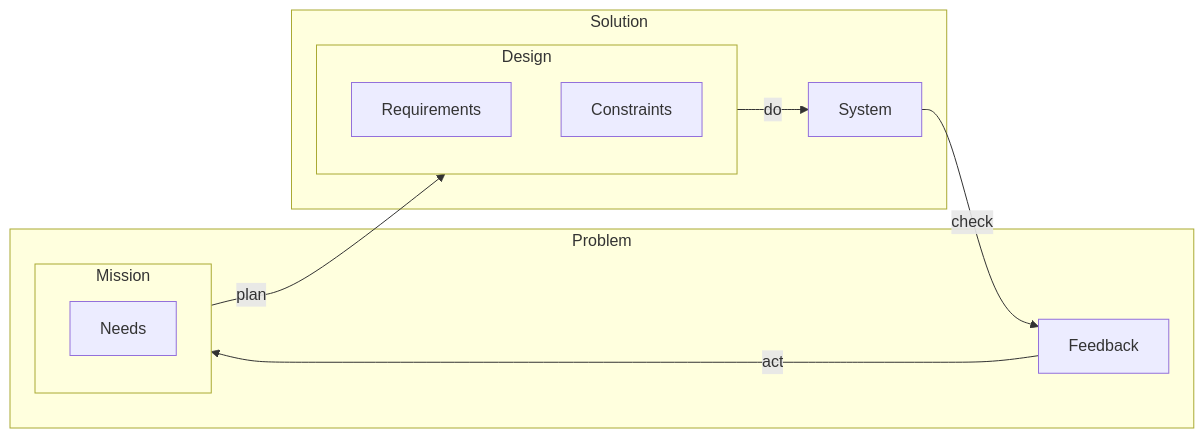
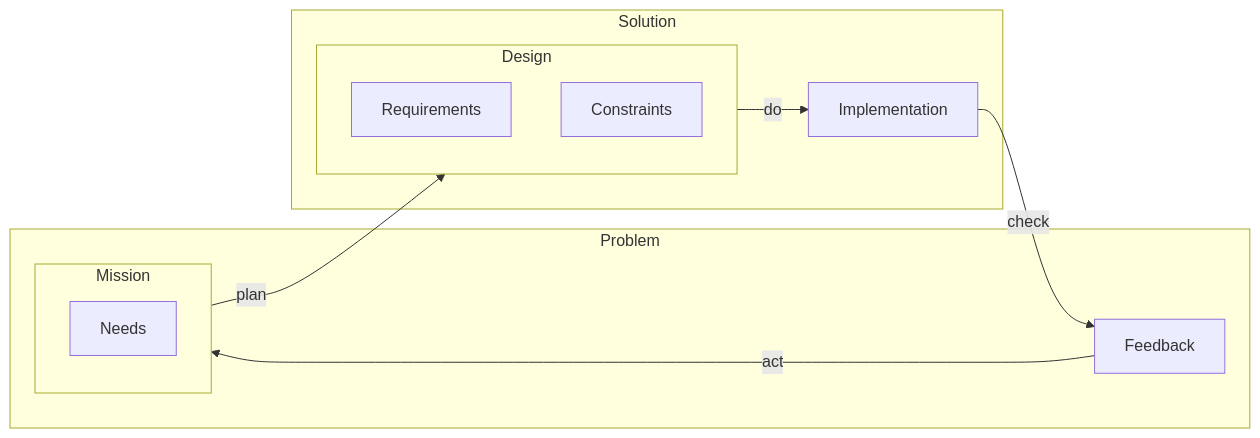
The sixth of 12 diagrams in README.md (firstprinciplesthinking/paper_development_lifecycle), drawn with Mermaid before and after one commit. The commit also changed other lines of this file, not shown here.

````diff
--- a/README.md
+++ b/README.md
@@ -146,22 +150,22 @@
 ```mermaid
    flowchart LR
       subgraph Solution
         subgraph Design
             Requirements
             Constraints
          end
-         System
+         Implementation
       end
       
       subgraph Problem
          Feedback
          subgraph Mission
             Needs
          end
       end
 
       Mission--"plan"-->Design
-      Design--"do"-->System
-      System--"check"-->Feedback
+      Design--"do"-->Implementation
+      Implementation--"check"-->Feedback
       Feedback--"act"-->Mission
 ```
````
